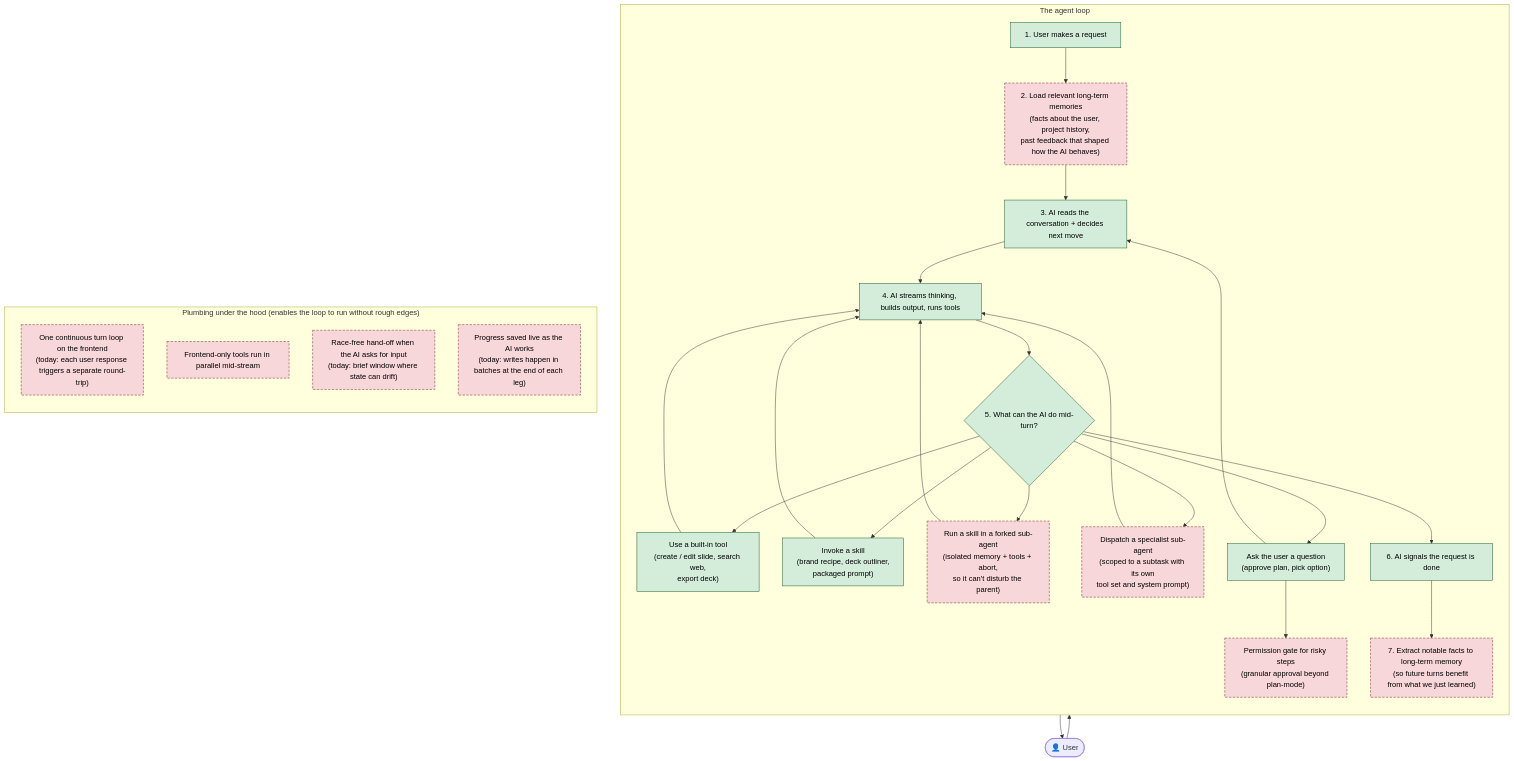
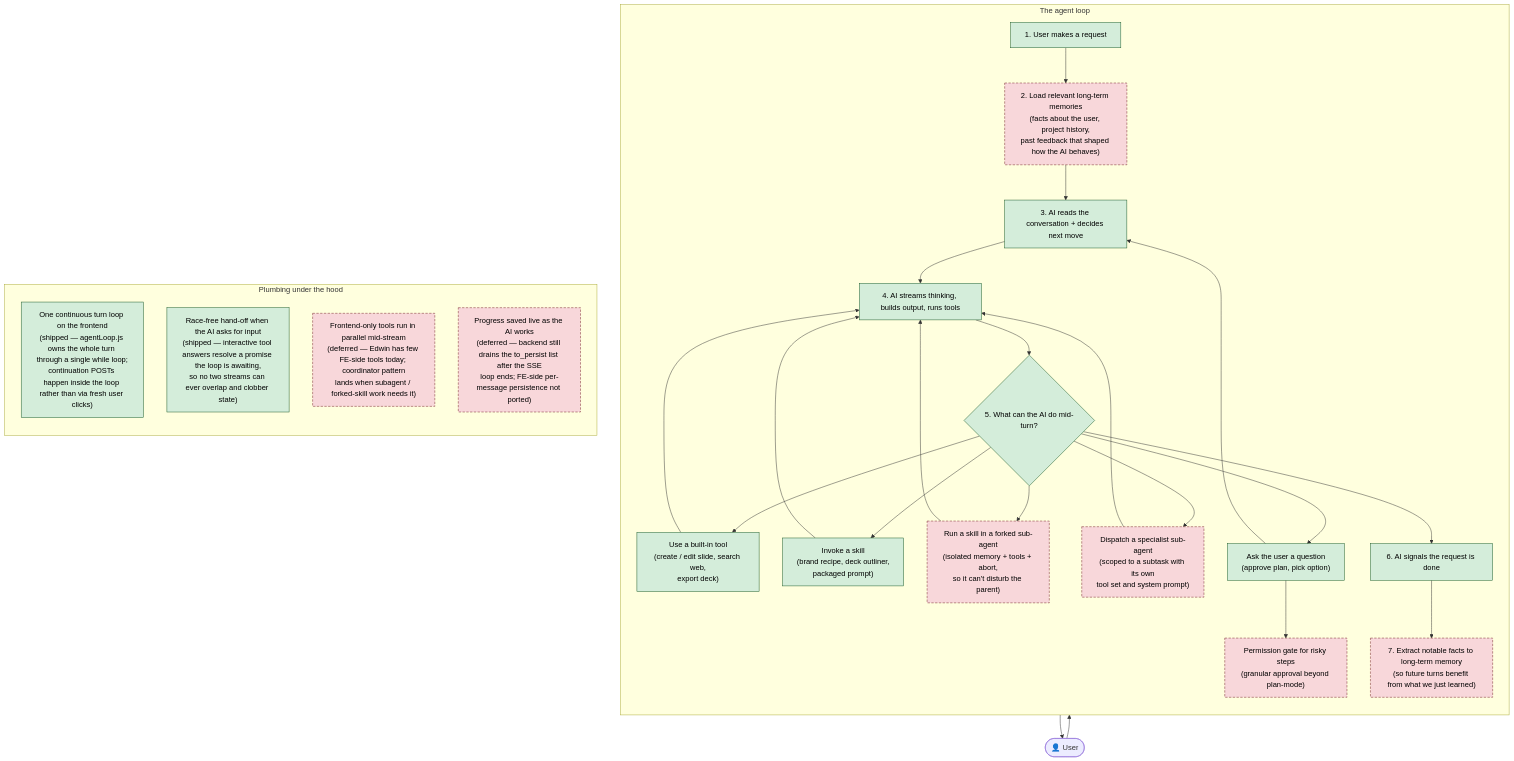
Before and after one commit to YoussefMoussallem/temp: the diagram in agent-loop-architecture.md, drawn with Mermaid. The commit also changed other lines of this file, not shown here.

Commit message:
cleanup: update agent-loop diagram for the refactor
Plumbing subgraph in the architecture diagram now shows:
* "One continuous turn loop" — GREEN (shipped on this branch)
* "Race-free hand-off when AI asks for input" — GREEN (shipped)
* "Parallel mid-stream FE tool dispatch" — still red, deferred
* "Live per-message persistence" — still red, deferred (BE owns
  persistence on Edwin; FE-side per-message persister was a
  RevitCode-specific design that doesn't apply 1:1 here)

The "what each delta unlocks" table calls out which two of the four
plumbing items shipped and which two stay deferred.

````diff
--- a/agent-loop-architecture.md
+++ b/agent-loop-architecture.md
@@ -5,45 +5,45 @@
 ```mermaid
 flowchart TB
     User([👤 User])
 
     subgraph Loop["The agent loop"]
       direction TB
 
       A["1. User makes a request"]:::done
       LoadMem["2. Load relevant long-term memories<br/>(facts about the user, project history,<br/>past feedback that shaped how the AI behaves)"]:::missing
       Read["3. AI reads the conversation + decides next move"]:::done
       Stream["4. AI streams thinking, builds output, runs tools"]:::done
 
       Decide{"5. What can the AI do mid-turn?"}:::done
 
       Tool["Use a built-in tool<br/>(create / edit slide, search web,<br/>export deck)"]:::done
       Skill["Invoke a skill<br/>(brand recipe, deck outliner,<br/>packaged prompt)"]:::done
       ForkSkill["Run a skill in a forked sub-agent<br/>(isolated memory + tools + abort,<br/>so it can't disturb the parent)"]:::missing
       SubAgent["Dispatch a specialist sub-agent<br/>(scoped to a subtask with its own<br/>tool set and system prompt)"]:::missing
       Ask["Ask the user a question<br/>(approve plan, pick option)"]:::done
       Gate["Permission gate for risky steps<br/>(granular approval beyond plan-mode)"]:::missing
 
       Done["6. AI signals the request is done"]:::done
       ExtractMem["7. Extract notable facts to long-term memory<br/>(so future turns benefit from what we just learned)"]:::missing
     end
 
     User --> A --> LoadMem --> Read --> Stream --> Decide
     Decide --> Tool --> Stream
     Decide --> Skill --> Stream
     Decide --> ForkSkill --> Stream
     Decide --> SubAgent --> Stream
     Decide --> Ask --> Read
     Ask --> Gate
     Decide --> Done --> ExtractMem --> User
 
-    subgraph Plumbing["Plumbing under the hood (enables the loop to run without rough edges)"]
+    subgraph Plumbing["Plumbing under the hood"]
       direction TB
-      P1["One continuous turn loop on the frontend<br/>(today: each user response triggers a separate round-trip)"]:::missing
-      P2["Frontend-only tools run in parallel mid-stream"]:::missing
-      P3["Race-free hand-off when the AI asks for input<br/>(today: brief window where state can drift)"]:::missing
-      P4["Progress saved live as the AI works<br/>(today: writes happen in batches at the end of each leg)"]:::missing
+      P1["One continuous turn loop on the frontend<br/>(shipped — agentLoop.js owns the whole turn through a single while loop;<br/>continuation POSTs happen inside the loop rather than via fresh user clicks)"]:::done
+      P3["Race-free hand-off when the AI asks for input<br/>(shipped — interactive tool answers resolve a promise the loop is awaiting,<br/>so no two streams can ever overlap and clobber state)"]:::done
+      P2["Frontend-only tools run in parallel mid-stream<br/>(deferred — Edwin has few FE-side tools today; coordinator pattern<br/>lands when subagent / forked-skill work needs it)"]:::missing
+      P4["Progress saved live as the AI works<br/>(deferred — backend still drains the to_persist list after the SSE<br/>loop ends; FE-side per-message persistence not ported)"]:::missing
     end
 
     classDef done fill:#d4edda,stroke:#155724,color:#000
     classDef missing fill:#f8d7da,stroke:#721c24,color:#000,stroke-dasharray: 5 3
 ```
````
